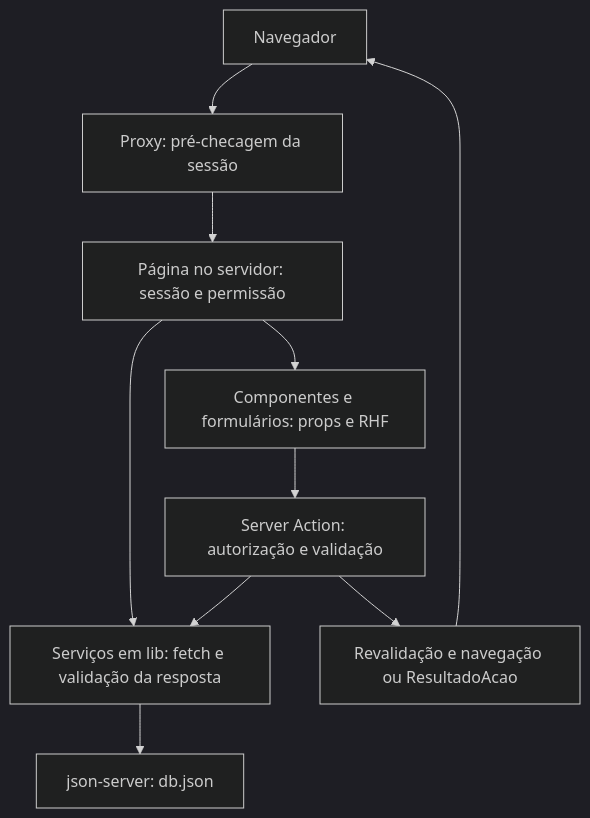
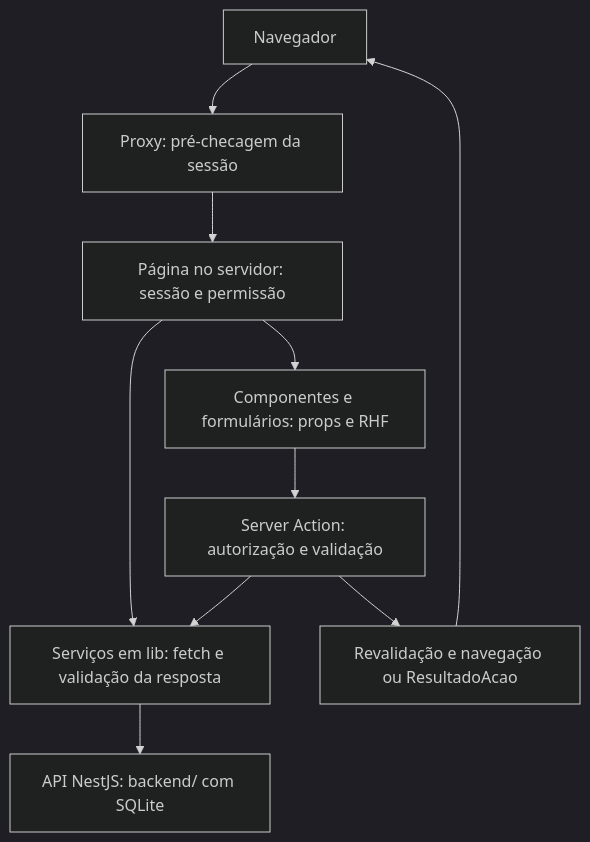
One commit to GUSTAVOHOOO/erp-tropa-lanternas-verdes changed the diagram in docs/agents/MAPA.md. Above: the diagram before and after it, drawn with Mermaid (dark theme). The commit also changed other lines of this file and 16 other files, not shown here.

First line of the commit message:
feat(entrega): remove a demonstração json-server e fecha o E2E real (FE-09/FE-10)

````diff
--- a/docs/agents/MAPA.md
+++ b/docs/agents/MAPA.md
@@ -28,12 +27,12 @@
 ```mermaid
 flowchart TD
   N[Navegador] --> P[Proxy: pré-checagem da sessão]
   P --> R[Página no servidor: sessão e permissão]
   R --> S[Serviços em lib: fetch e validação da resposta]
-  S --> J[json-server: db.json]
+  S --> J[API NestJS: backend/ com SQLite]
   R --> C[Componentes e formulários: props e RHF]
   C --> A[Server Action: autorização e validação]
   A --> S
   A --> U[Revalidação e navegação ou ResultadoAcao]
   U --> N
 ```
````
